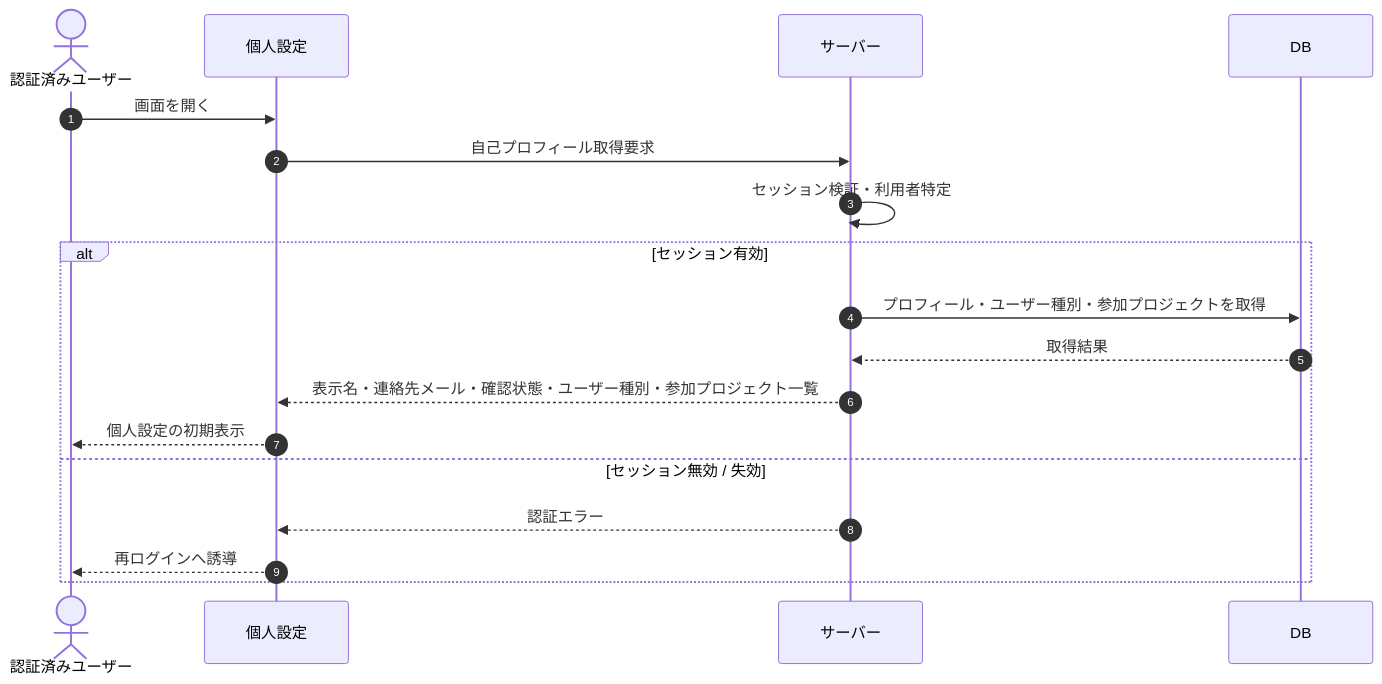
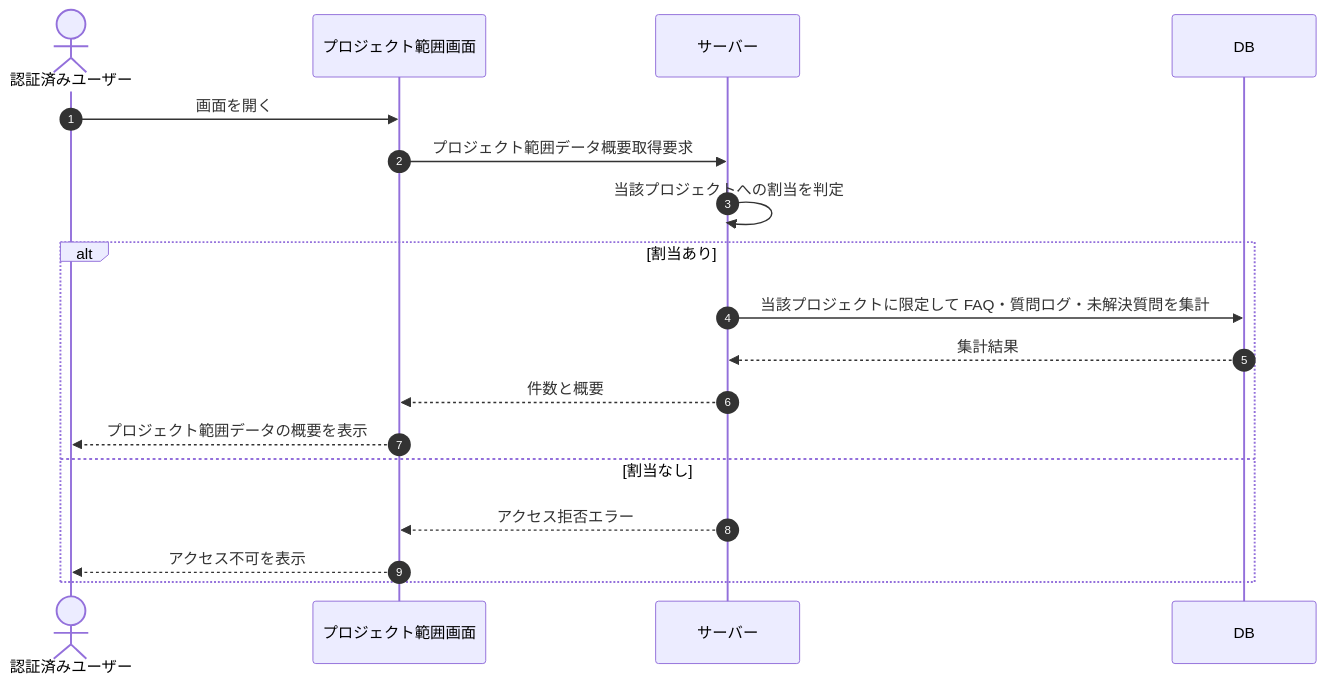
One commit to sikakou54/open-faq changed the diagram in 02_basic_design/03_sequences/SEQ-120.md. Above: the diagram before and after it, drawn with Mermaid. The commit also changed other lines of this file and 99 other files, not shown here.

````diff
--- a/02_basic_design/03_sequences/SEQ-120.md
+++ b/02_basic_design/03_sequences/SEQ-120.md
@@ -25,20 +25,20 @@
 ```mermaid
 sequenceDiagram
   autonumber
   actor U as 認証済みユーザー
-  participant Screen as 個人設定
+  participant Screen as プロジェクト範囲画面
   participant Server as サーバー
   participant DB as DB
   U->>Screen: 画面を開く
-  Screen->>Server: 自己プロフィール取得要求
-  Server->>Server: セッション検証・利用者特定
-  alt セッション有効
-    Server->>DB: プロフィール・ユーザー種別・参加プロジェクトを取得
-    DB-->>Server: 取得結果
-    Server-->>Screen: 表示名・連絡先メール・確認状態・ユーザー種別・参加プロジェクト一覧
-    Screen-->>U: 個人設定の初期表示
-  else セッション無効 / 失効
-    Server-->>Screen: 認証エラー
-    Screen-->>U: 再ログインへ誘導
+  Screen->>Server: プロジェクト範囲データ概要取得要求
+  Server->>Server: 当該プロジェクトへの割当を判定
+  alt 割当あり
+    Server->>DB: 当該プロジェクトに限定して FAQ・質問ログ・未解決質問を集計
+    DB-->>Server: 集計結果
+    Server-->>Screen: 件数と概要
+    Screen-->>U: プロジェクト範囲データの概要を表示
+  else 割当なし
+    Server-->>Screen: アクセス拒否エラー
+    Screen-->>U: アクセス不可を表示
   end
 ```
````
